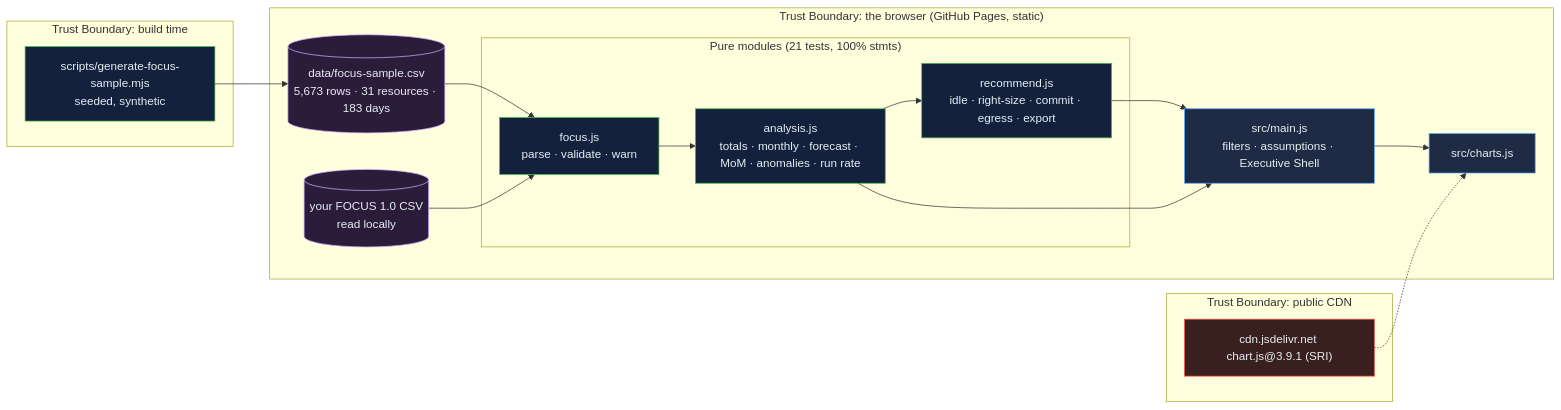
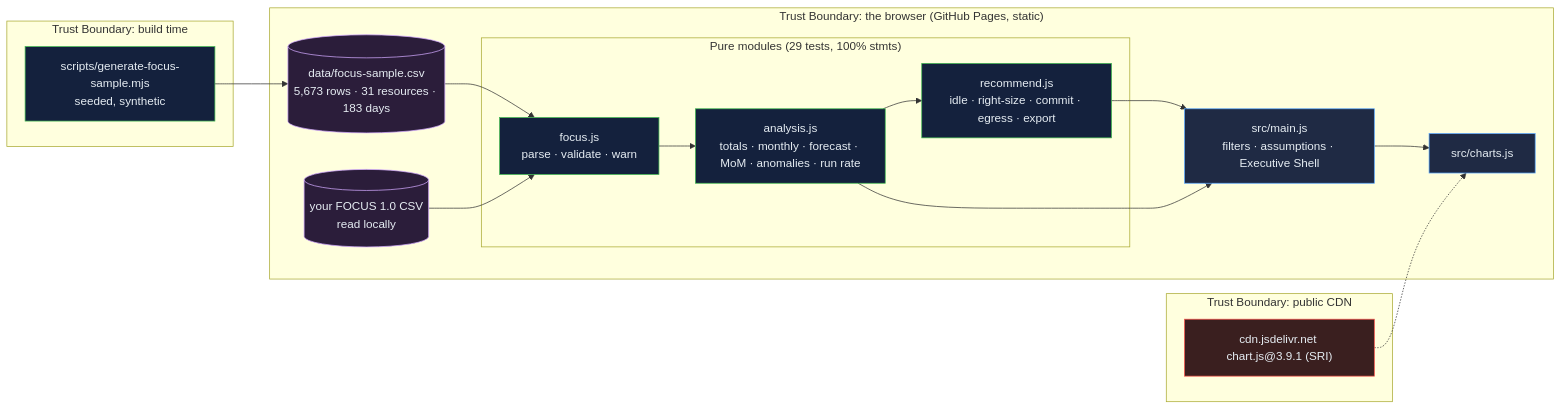
Before and after one commit to Freddricklogan/cloud-cost-optimizer: the diagram in README.md, drawn with Mermaid. The commit also changed 4 other files, not shown here.

````diff
--- a/README.md
+++ b/README.md
@@ -53,29 +53,29 @@
 ```mermaid
 flowchart LR
   subgraph TB0["Trust Boundary: build time"]
     GEN["scripts/generate-focus-sample.mjs<br/>seeded, synthetic"]:::service
   end
   subgraph TB1["Trust Boundary: the browser (GitHub Pages, static)"]
     SAMPLE[("data/focus-sample.csv<br/>5,673 rows · 31 resources · 183 days")]:::data
     UPLOAD[("your FOCUS 1.0 CSV<br/>read locally")]:::data
-    subgraph PURE["Pure modules (21 tests, 100% stmts)"]
+    subgraph PURE["Pure modules (29 tests, 100% stmts)"]
       F["focus.js<br/>parse · validate · warn"]:::service
       A["analysis.js<br/>totals · monthly · forecast · MoM · anomalies · run rate"]:::service
       R["recommend.js<br/>idle · right-size · commit · egress · export"]:::service
     end
     MAIN["src/main.js<br/>filters · assumptions · Executive Shell"]:::client
     VIZ["src/charts.js"]:::client
   end
   subgraph TB2["Trust Boundary: public CDN"]
     CDN["cdn.jsdelivr.net chart.js@3.9.1 (SRI)"]:::security
   end
   GEN --> SAMPLE
   SAMPLE --> F
   UPLOAD --> F --> A --> R --> MAIN --> VIZ
   A --> MAIN
   CDN -.-> VIZ
   classDef client fill:#1f2a44,stroke:#58A6FF,color:#e6edf3
   classDef service fill:#14213d,stroke:#3fb950,color:#e6edf3
   classDef data fill:#2b1d3a,stroke:#d2a8ff,color:#e6edf3
   classDef security fill:#3a1f1f,stroke:#f85149,color:#e6edf3
 ```
````
